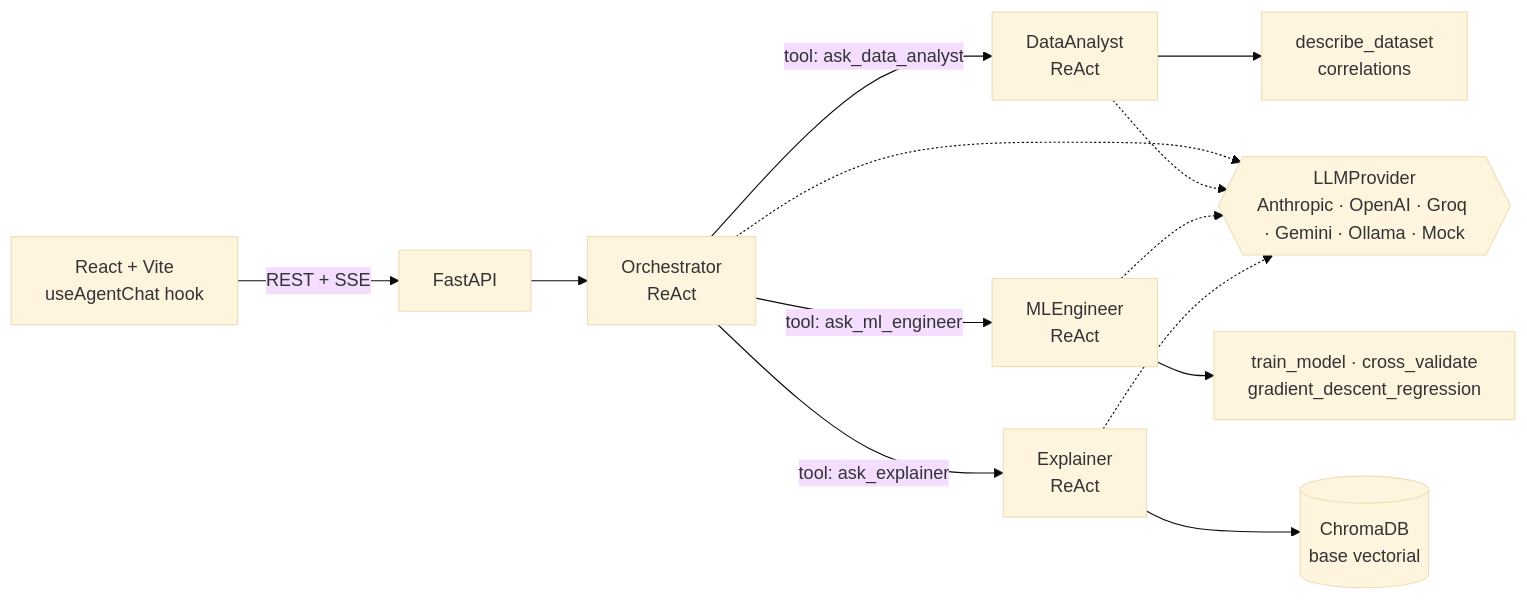
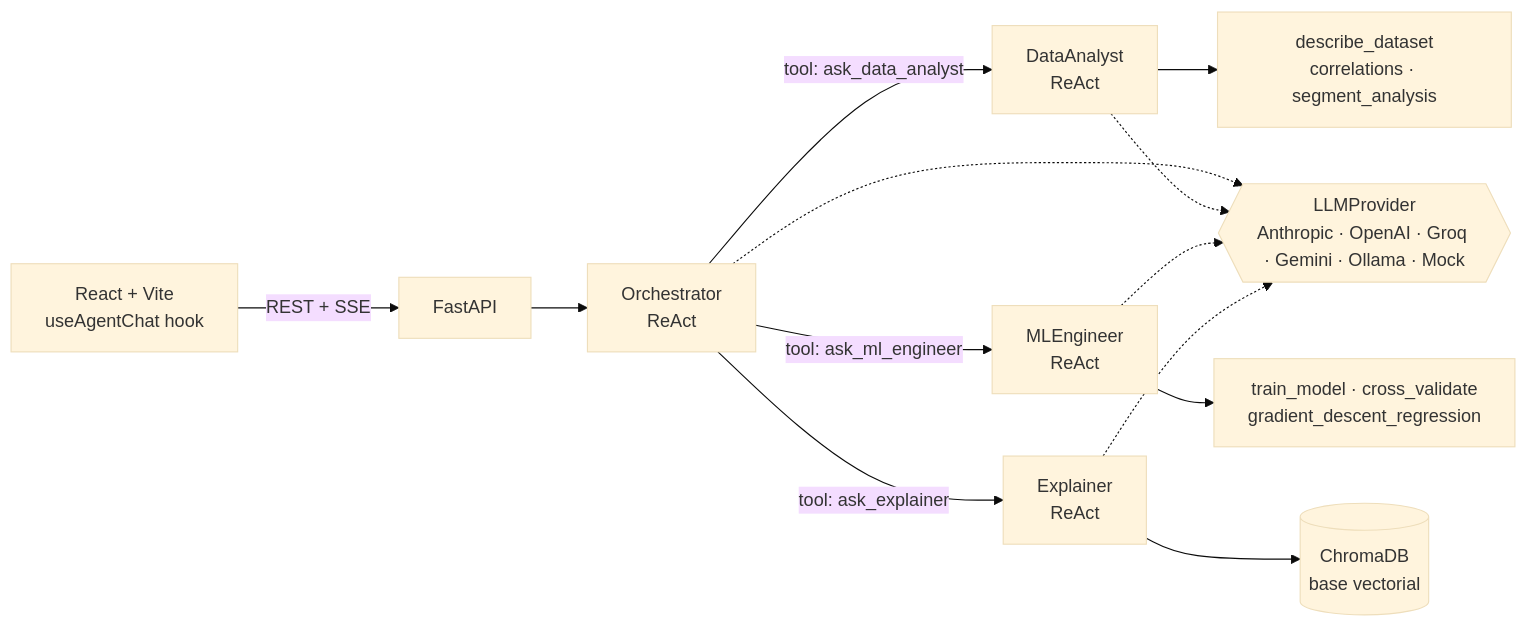
Before and after one commit to ahiram1701/datapilot: the diagram in README.md, drawn with Mermaid (base theme). The commit also changed other lines of this file and 3 other files, not shown here.

````diff
--- a/README.md
+++ b/README.md
@@ -12,12 +16,12 @@
 ```mermaid
 flowchart LR
     UI[React + Vite<br/>useAgentChat hook] -- REST + SSE --> API[FastAPI]
     API --> O[Orchestrator<br/>ReAct]
     O -- tool: ask_data_analyst --> DA[DataAnalyst<br/>ReAct]
     O -- tool: ask_ml_engineer --> ML[MLEngineer<br/>ReAct]
     O -- tool: ask_explainer --> EX[Explainer<br/>ReAct]
-    DA --> T1[describe_dataset<br/>correlations]
+    DA --> T1[describe_dataset<br/>correlations · segment_analysis]
     ML --> T2[train_model · cross_validate<br/>gradient_descent_regression]
     EX --> V[(ChromaDB<br/>base vectorial)]
     O & DA & ML & EX -.-> LLM{{LLMProvider<br/>Anthropic · OpenAI · Groq · Gemini · Ollama · Mock}}
 ```
````
